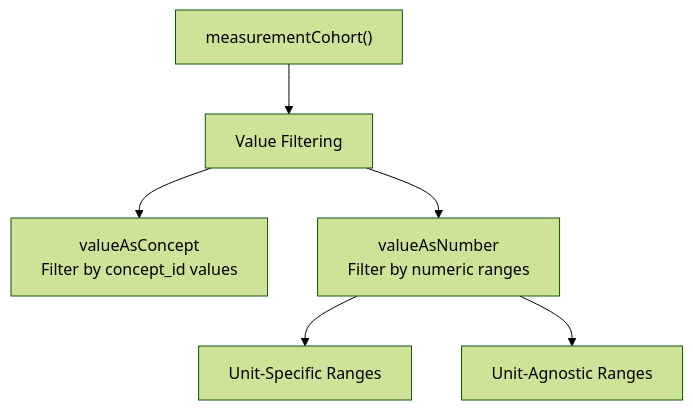
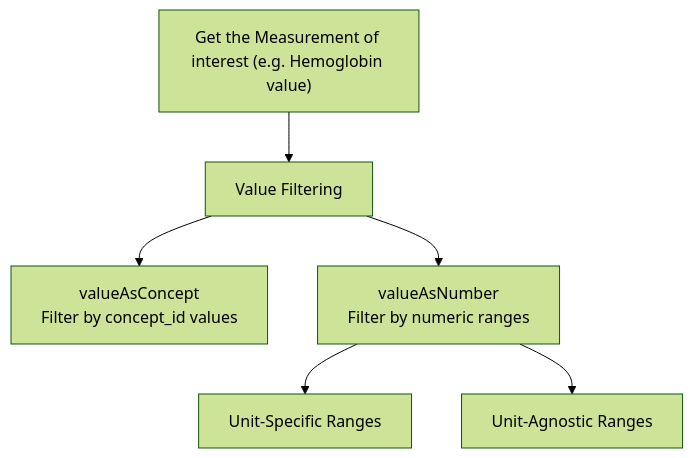
Before and after one commit to iomedhealth/OMOPAnalyticsGuide: the fourth of 6 diagrams in docs/data_analysis/package_reference/cohortconstructor.md, drawn with Mermaid (forest theme). The commit also changed other lines of this file, not shown here.

Commit message:
Simplify chart

````diff
--- a/docs/data_analysis/package_reference/cohortconstructor.md
+++ b/docs/data_analysis/package_reference/cohortconstructor.md
@@ -200,8 +154,8 @@
 ```mermaid
 graph TB
-    measurementCohort["measurementCohort()"] --> Values["Value Filtering"]
+    measurementCohort["Get the Measurement of interest (e.g. Hemoglobin value)"] --> Values["Value Filtering"]
     Values --> Concept["valueAsConcept<br/>Filter by concept_id values"]
     Values --> Number["valueAsNumber<br/>Filter by numeric ranges"]
     Number --> Unit["Unit-Specific Ranges"]
     Number --> NoUnit["Unit-Agnostic Ranges"]
 ```
````
